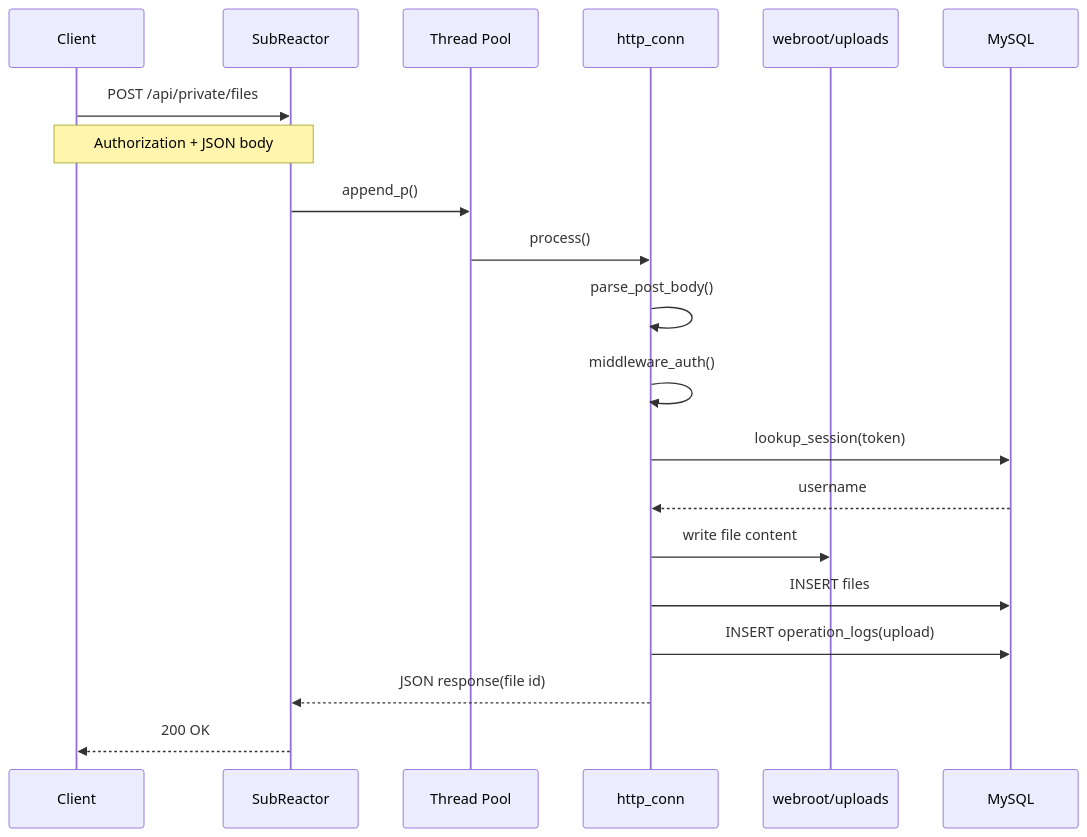
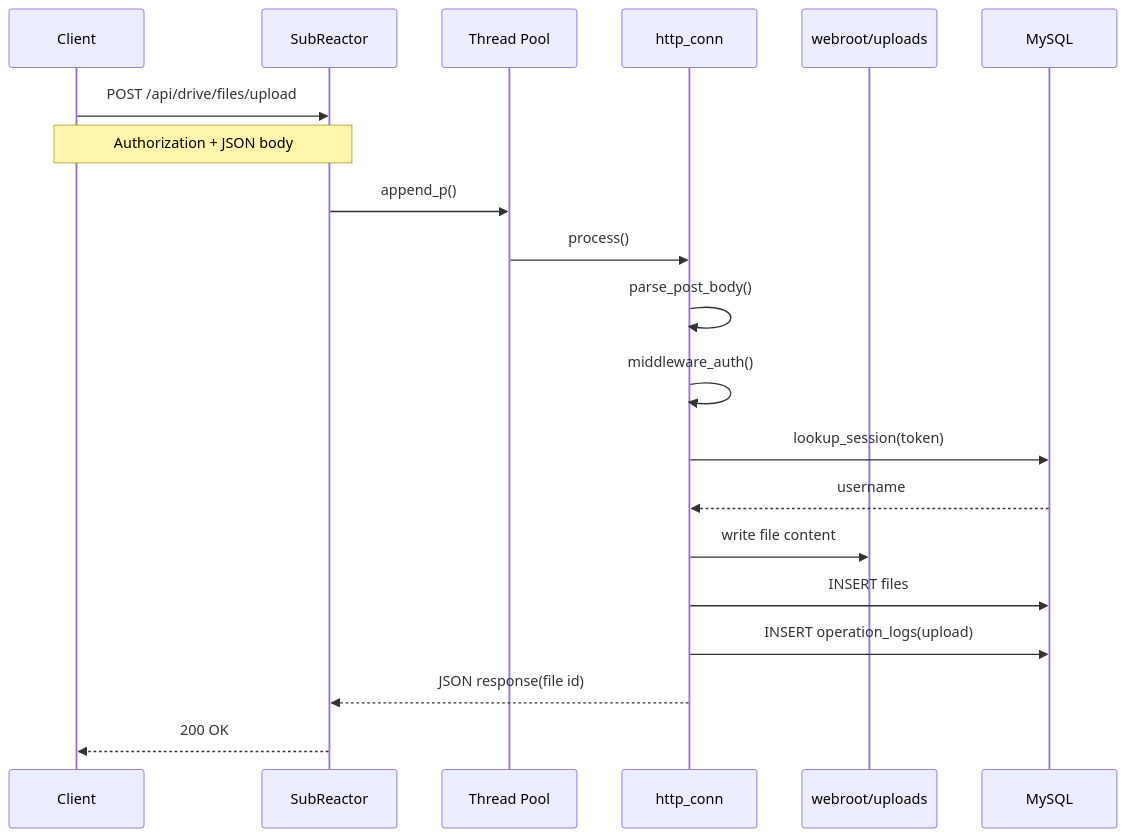
The third of 5 diagrams in docs/request-sequence.md (wjg12345678/High-performance-gateway), drawn with Mermaid before and after one commit. The commit also changed other lines of this file and 132 other files, not shown here.

````diff
--- a/docs/request-sequence.md
+++ b/docs/request-sequence.md
@@ -61,23 +61,23 @@
 ```mermaid
 sequenceDiagram
     participant C as Client
     participant SR as SubReactor
     participant TP as Thread Pool
     participant HC as http_conn
     participant FS as webroot/uploads
     participant DB as MySQL
 
-    C->>SR: POST /api/private/files
+    C->>SR: POST /api/drive/files/upload
     Note over C,SR: Authorization + JSON body
     SR->>TP: append_p()
     TP->>HC: process()
     HC->>HC: parse_post_body()
     HC->>HC: middleware_auth()
     HC->>DB: lookup_session(token)
     DB-->>HC: username
     HC->>FS: write file content
     HC->>DB: INSERT files
     HC->>DB: INSERT operation_logs(upload)
     HC-->>SR: JSON response(file id)
     SR-->>C: 200 OK
 ```
````
